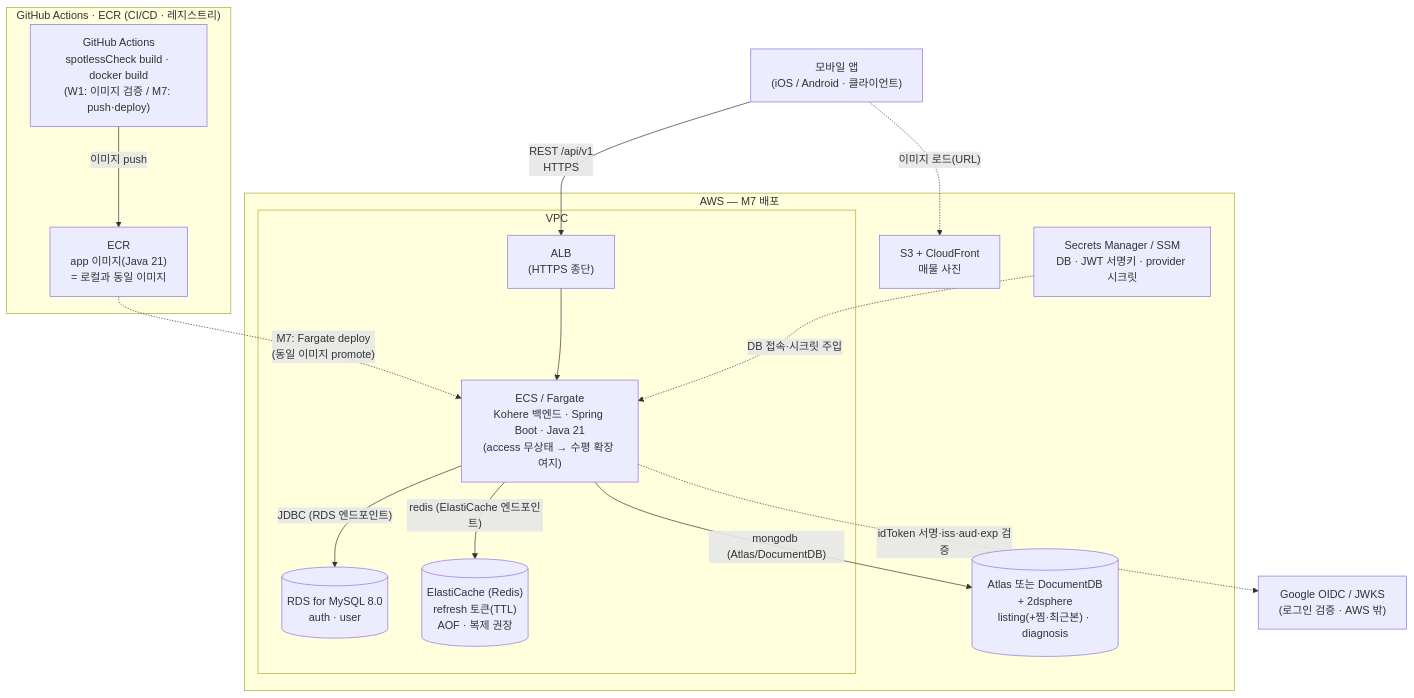
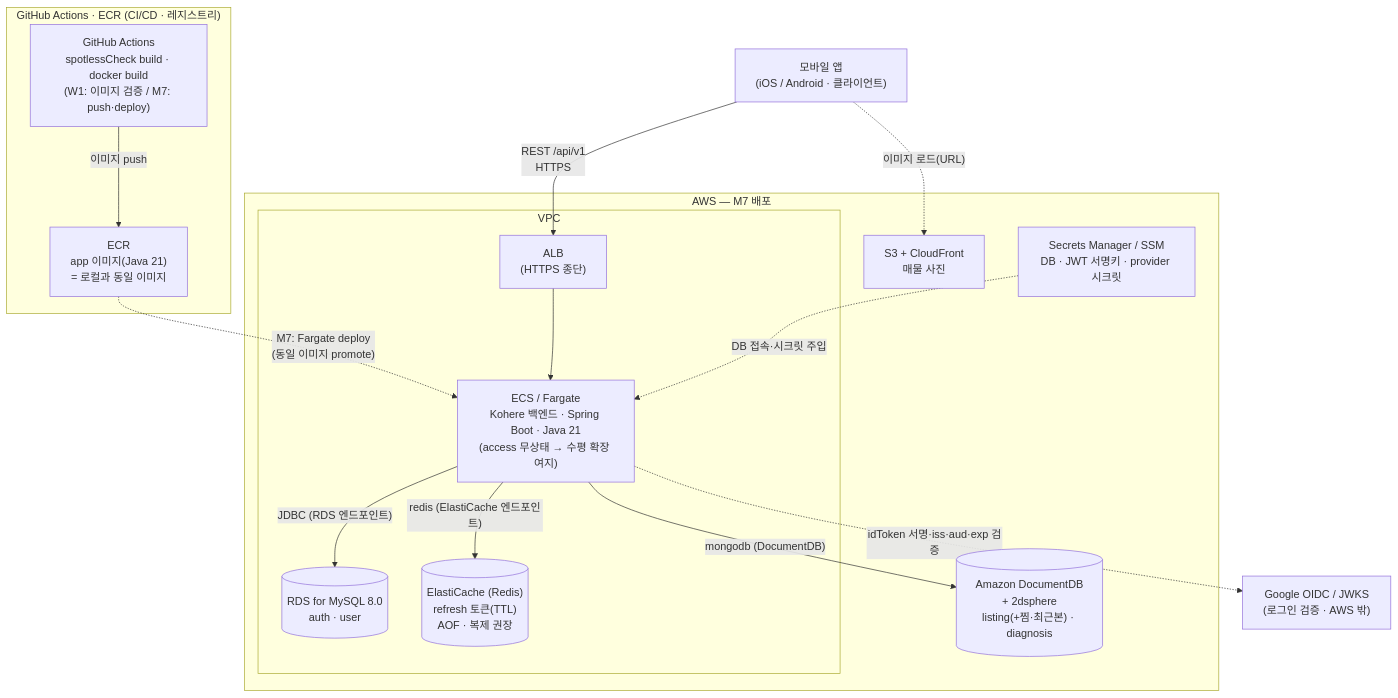
The fourth of 4 diagrams in docs/architecture/system-overview.md (jameskim9509/Kohere-backend), drawn with Mermaid before and after one commit. The commit also changed other lines of this file and 1 other file, not shown here.

First line of the commit message:
docs(architecture): MongoDB 백엔드 Amazon DocumentDB 확정 반영

````diff
--- a/docs/architecture/system-overview.md
+++ b/docs/architecture/system-overview.md
@@ -168,35 +170,35 @@
 ```mermaid
 flowchart TB
     APP["모바일 앱<br/>(iOS / Android · 클라이언트)"]
 
     subgraph CICD["GitHub Actions · ECR (CI/CD · 레지스트리)"]
       GHA["GitHub Actions<br/>spotlessCheck build · docker build<br/>(W1: 이미지 검증 / M7: push·deploy)"]
       ECR["ECR<br/>app 이미지(Java 21)<br/>= 로컬과 동일 이미지"]
     end
 
     subgraph AWS["AWS — M7 배포"]
       subgraph VPC["VPC"]
         ALB["ALB<br/>(HTTPS 종단)"]
         FARGATE["ECS / Fargate<br/>Kohere 백엔드 · Spring Boot · Java 21<br/>(access 무상태 → 수평 확장 여지)"]
         RDS[("RDS for MySQL 8.0<br/>auth · user")]
         ELASTI[("ElastiCache (Redis)<br/>refresh 토큰(TTL)<br/>AOF · 복제 권장")]
       end
-      MONGO[("Atlas 또는 DocumentDB<br/>+ 2dsphere<br/>listing(+찜·최근본) · diagnosis")]
+      MONGO[("Amazon DocumentDB<br/>+ 2dsphere<br/>listing(+찜·최근본) · diagnosis")]
       S3["S3 + CloudFront<br/>매물 사진"]
       SECRET["Secrets Manager / SSM<br/>DB · JWT 서명키 · provider 시크릿"]
     end
 
     EXT["Google OIDC / JWKS<br/>(로그인 검증 · AWS 밖)"]
 
     GHA -- "이미지 push" --> ECR
     ECR -. "M7: Fargate deploy<br/>(동일 이미지 promote)" .-> FARGATE
 
     APP -- "REST /api/v1<br/>HTTPS" --> ALB
     ALB --> FARGATE
     SECRET -. "DB 접속·시크릿 주입" .-> FARGATE
     FARGATE -- "JDBC (RDS 엔드포인트)" --> RDS
-    FARGATE -- "mongodb (Atlas/DocumentDB)" --> MONGO
+    FARGATE -- "mongodb (DocumentDB)" --> MONGO
     FARGATE -- "redis (ElastiCache 엔드포인트)" --> ELASTI
     APP -. "이미지 로드(URL)" .-> S3
     FARGATE -. "idToken 서명·iss·aud·exp 검증" .-> EXT
 ```
````
